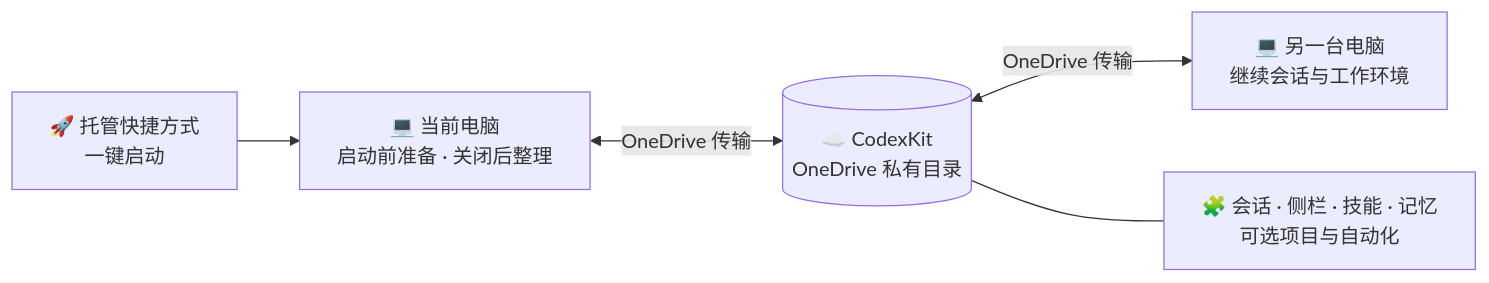
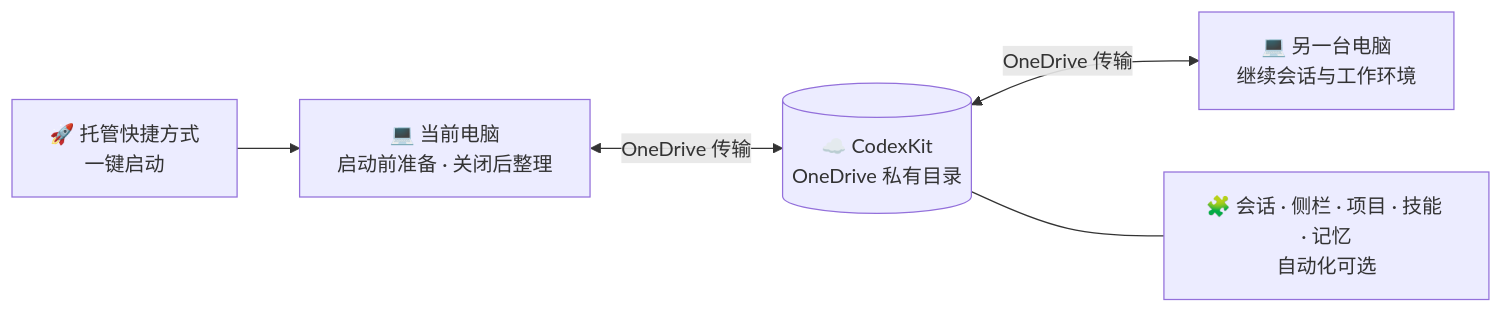
Before and after one commit to wang22ti/codex-synckit: the diagram in README.zh-CN.md, drawn with Mermaid. The commit also changed other lines of this file and 12 other files, not shown here.

````diff
--- a/README.zh-CN.md
+++ b/README.zh-CN.md
@@ -57,7 +57,7 @@
 ```mermaid
 flowchart LR
     L["🚀 托管快捷方式<br/>一键启动"] --> A["💻 当前电脑<br/>启动前准备 · 关闭后整理"]
     A <-->|"OneDrive 传输"| K[("☁️ CodexKit<br/>OneDrive 私有目录")]
     K <-->|"OneDrive 传输"| B["💻 另一台电脑<br/>继续会话与工作环境"]
-    K --- D["🧩 会话 · 侧栏 · 技能 · 记忆<br/>可选项目与自动化"]
+    K --- D["🧩 会话 · 侧栏 · 项目 · 技能 · 记忆<br/>自动化可选"]
 ```
````
